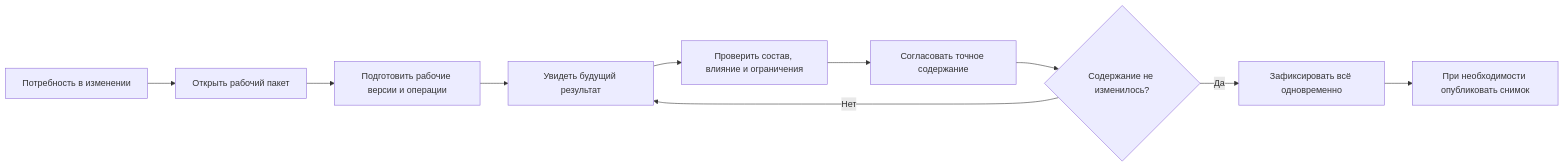
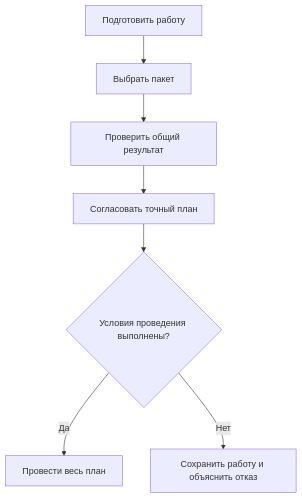
Before and after one commit to ZelAnton/Interlink-product-book: the diagram in wiki/Change-package-guide.md, drawn with Mermaid. The commit also changed other lines of this file and 231 other files, not shown here.

````diff
--- a/wiki/Change-package-guide.md
+++ b/wiki/Change-package-guide.md
@@ -42,12 +39,9 @@
 ```mermaid
-flowchart LR
-    A["Потребность в изменении"] --> B["Открыть рабочий пакет"]
-    B --> C["Подготовить рабочие версии и операции"]
-    C --> D["Увидеть будущий результат"]
-    D --> E["Проверить состав, влияние и ограничения"]
-    E --> F["Согласовать точное содержание"]
-    F --> G{"Содержание не изменилось?"}
-    G -->|"Нет"| D
-    G -->|"Да"| H["Зафиксировать всё одновременно"]
-    H --> I["При необходимости опубликовать снимок"]
+flowchart TB
+    A["Подготовить работу"] --> B["Выбрать пакет"]
+    B --> C["Проверить общий результат"]
+    C --> D["Согласовать точный план"]
+    D --> E{"Условия проведения выполнены?"}
+    E -->|"Да"| F["Провести весь план"]
+    E -->|"Нет"| G["Сохранить работу и объяснить отказ"]
 ```
````
